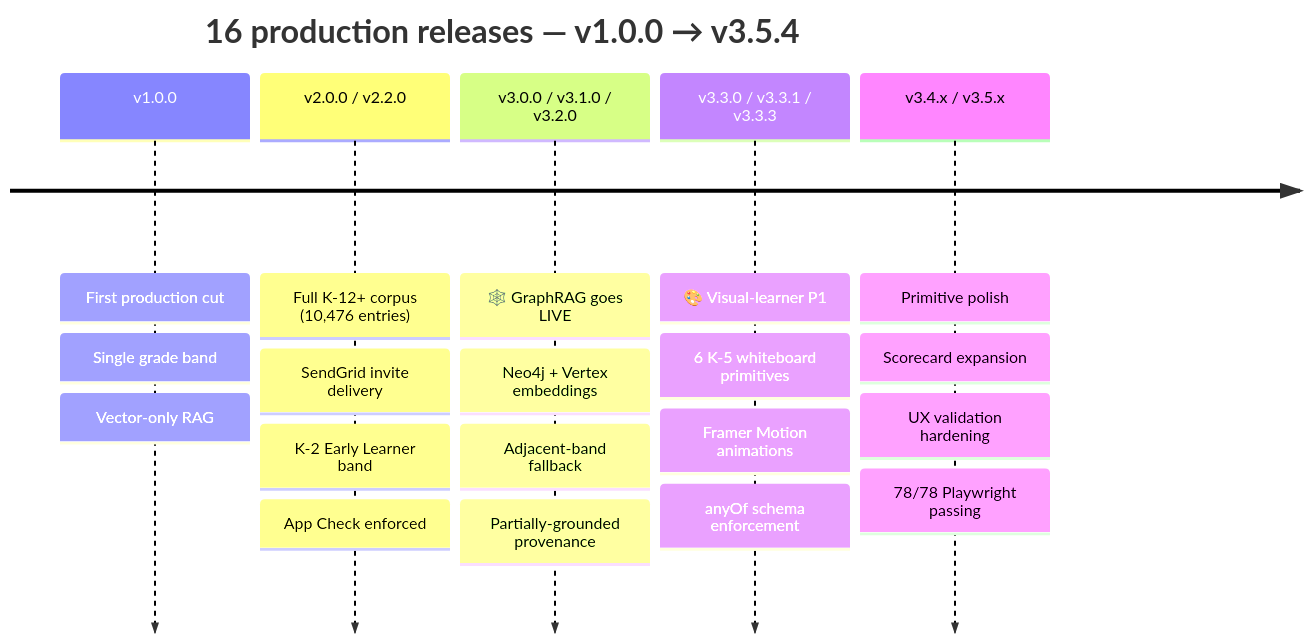
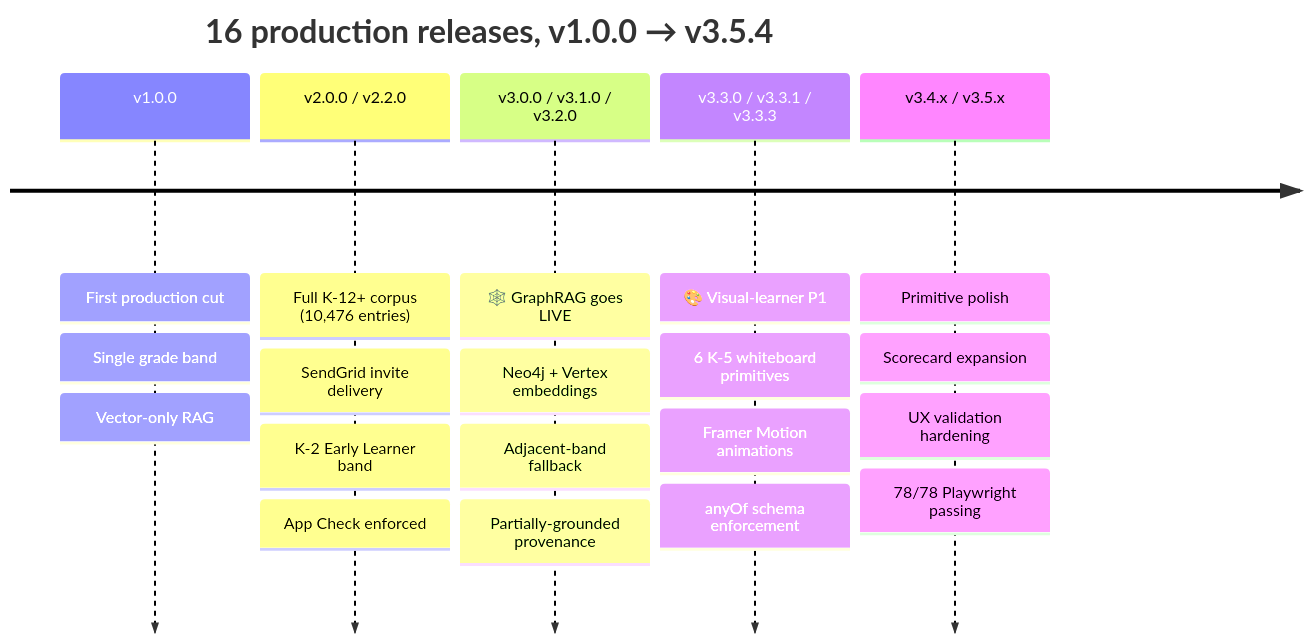
Before and after one commit to stephengardnerd/explanova-ai-product-case-study: the diagram in docs/05-versioning-and-cicd.md, drawn with Mermaid. The commit also changed other lines of this file, not shown here.

````diff
--- a/docs/05-versioning-and-cicd.md
+++ b/docs/05-versioning-and-cicd.md
@@ -11,23 +11,23 @@
 ```mermaid
 timeline
-    title 16 production releases — v1.0.0 → v3.5.4
+    title 16 production releases, v1.0.0 → v3.5.4
     v1.0.0 : First production cut
            : Single grade band
            : Vector-only RAG
     v2.0.0 / v2.2.0 : Full K-12+ corpus (10,476 entries)
                     : SendGrid invite delivery
                     : K-2 Early Learner band
                     : App Check enforced
     v3.0.0 / v3.1.0 / v3.2.0 : 🕸️ GraphRAG goes LIVE
                              : Neo4j + Vertex embeddings
                              : Adjacent-band fallback
                              : Partially-grounded provenance
     v3.3.0 / v3.3.1 / v3.3.3 : 🎨 Visual-learner P1
                              : 6 K-5 whiteboard primitives
                              : Framer Motion animations
                              : anyOf schema enforcement
     v3.4.x / v3.5.x : Primitive polish
                     : Scorecard expansion
                     : UX validation hardening
                     : 78/78 Playwright passing
 ```
````
